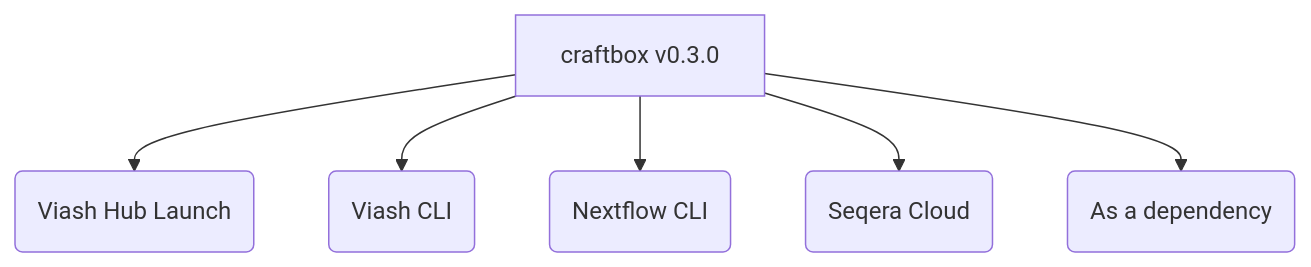
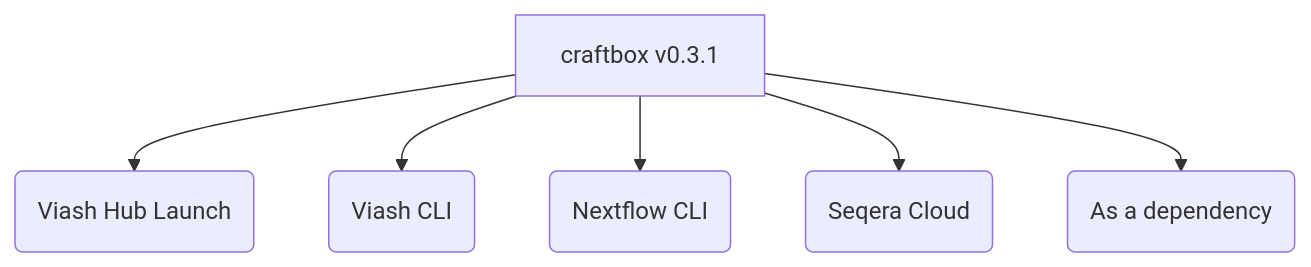
The diagram in README.md (viash-hub/craftbox), drawn with Mermaid before and after one commit. The commit also changed other lines of this file and 1 other file, not shown here.

````diff
--- a/README.md
+++ b/README.md
@@ -44,8 +44,8 @@
 ``` mermaid lang="mermaid
 flowchart TD
-    A[craftbox v0.3.0] --> B(Viash Hub Launch)
+    A[craftbox v0.3.1] --> B(Viash Hub Launch)
     A --> C(Viash CLI)
     A --> D(Nextflow CLI)
     A --> E(Seqera Cloud)
     A --> F(As a dependency)
 ```
````
